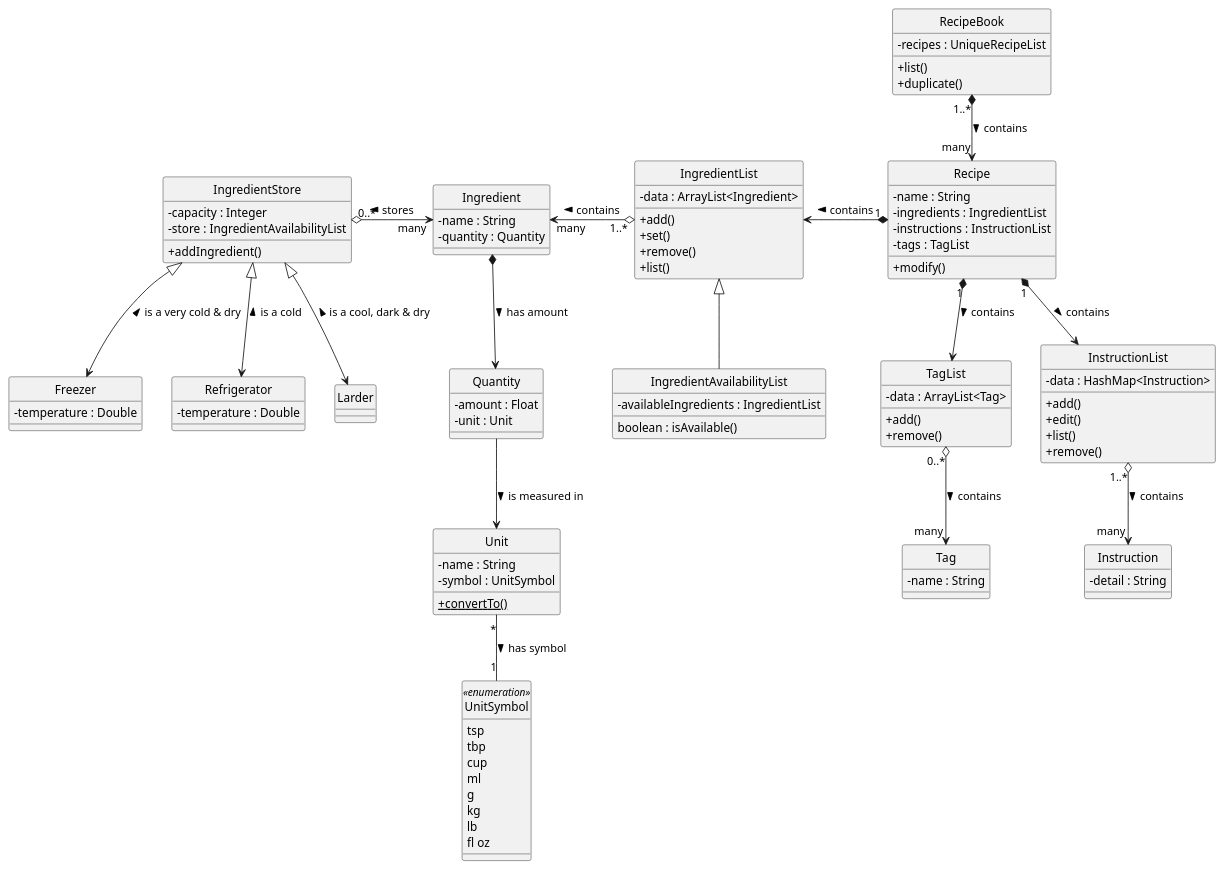
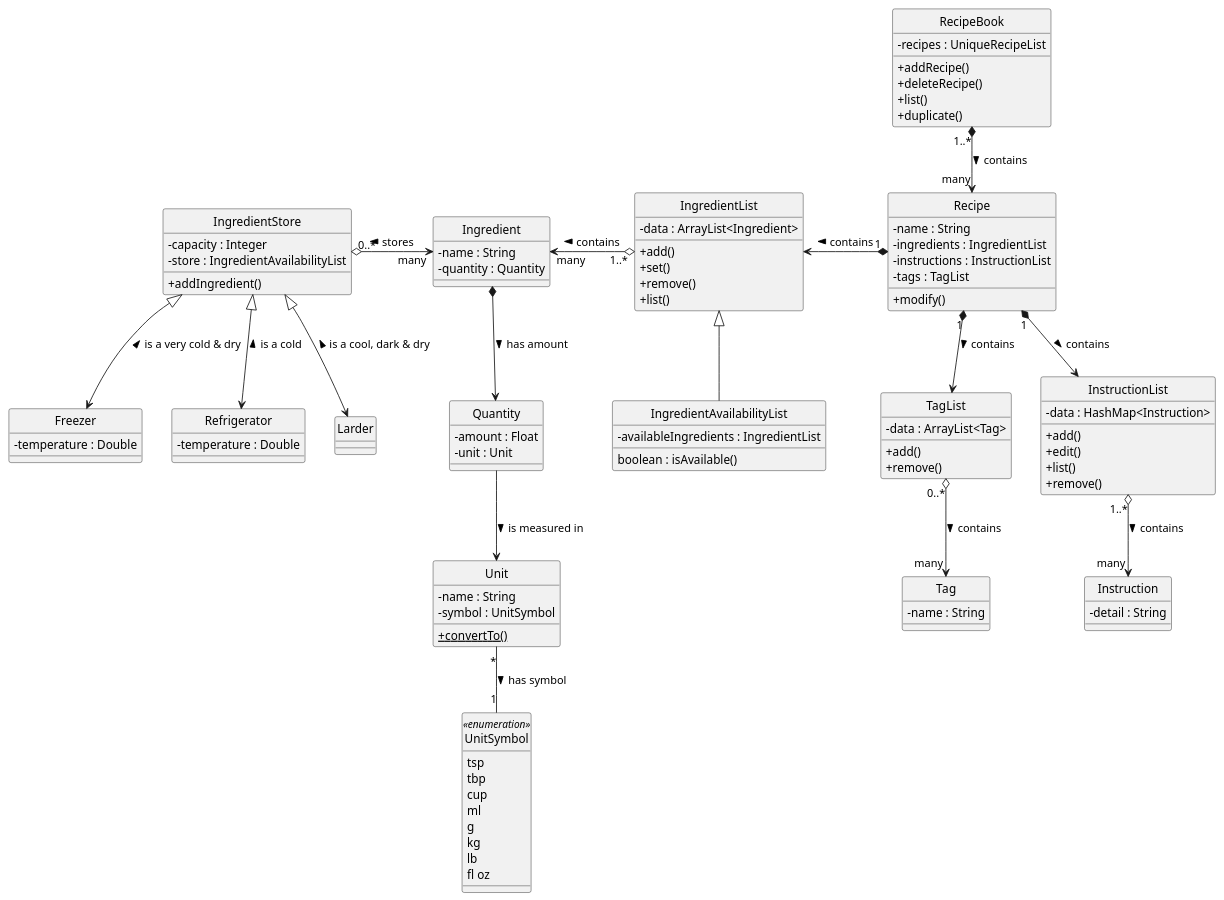
One commit to nus-cs2103-AY1920S2/addressbook-level3 changed the diagram in docs/diagrams/BasicRecipeDiagram.puml. Above: the diagram before and after it, drawn with PlantUML.

Commit message:
Add methods to Recipe class in diagram

```diff
--- a/docs/diagrams/BasicRecipeDiagram.puml
+++ b/docs/diagrams/BasicRecipeDiagram.puml
@@ -1,125 +1,127 @@
 @startuml BasicRecipeDiagram
 show members
 
 hide circle
 skinparam classAttributeIconSize 0
 
 class RecipeBook {
     -recipes : UniqueRecipeList
+    +addRecipe()
+    +deleteRecipe()
     +list()
     +duplicate()
 }
 
 RecipeBook "1..*" *--> "many" Recipe : contains >
 
 class Recipe {
     -name : String
     -ingredients : IngredientList
     -instructions : InstructionList
     -tags : TagList
     +modify()
 }
 
 class IngredientList {
     -data : ArrayList<Ingredient>
     +add()
     +set()
     +remove()
     +list()
 }
 
 class Ingredient {
     -name : String
     -quantity : Quantity
 }
 
 IngredientStore <|--> Freezer : is a very cold & dry <
 IngredientStore <|--> Refrigerator : is a cold <
 IngredientStore <|--> Larder : is a cool, dark & dry <
 IngredientStore "0..*" o-r-> "many" Ingredient : stores <
 
 class InstructionList {
     -data : HashMap<Instruction>
     +add()
     +edit()
     +list()
     +remove()
 }
 
 class Instruction {
     -detail : String
 }
 
 class TagList {
     -data : ArrayList<Tag>
     +add()
     +remove()
 }
 
 class Tag {
     -name : String
 }
 
 TagList "0..*" o--> "many" Tag : contains >
 
 
 class Quantity {
     -amount : Float
     -unit : Unit
 }
 
 class Unit {
     -name : String
     -symbol : UnitSymbol
     {static} +convertTo()
 }
 
 enum UnitSymbol <<enumeration>> {
     tsp
     tbp
     cup
     ml
     g
     kg
     lb
     fl oz
 }
 
 Recipe "1" *-l-> IngredientList : contains >
 Recipe "1" *--> InstructionList : contains >
 Recipe "1" *--> TagList : contains >
 
 
 IngredientList "1..*" o-l-> "many" Ingredient : contains >
 InstructionList "1..*" o--> "many" Instruction : contains >
 
 Ingredient  *--> Quantity : has amount >
 Quantity --> Unit : is measured in >
 Unit "*" -- "1" UnitSymbol : has symbol >
 
 class Larder {
 
 }
 
 class Refrigerator {
     -temperature : Double
 }
 
 class Freezer {
     -temperature : Double
 }
 
 class IngredientStore {
     -capacity : Integer
     -store : IngredientAvailabilityList
     +addIngredient()
 }
 
 class IngredientAvailabilityList {
     -availableIngredients : IngredientList
     boolean : isAvailable()
 }
 
 IngredientList <|-- IngredientAvailabilityList
 
 @enduml
```
